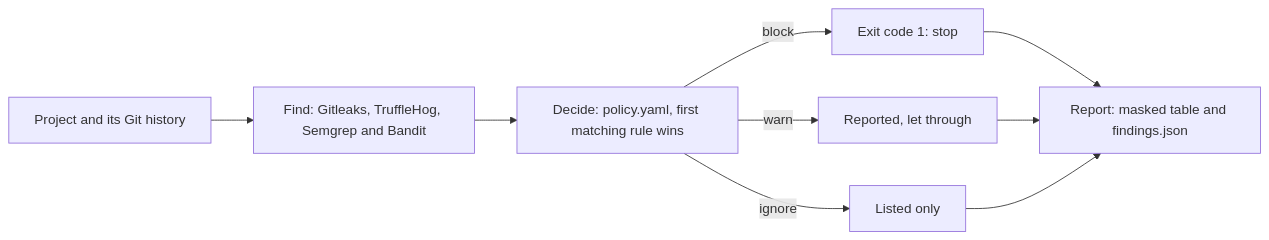
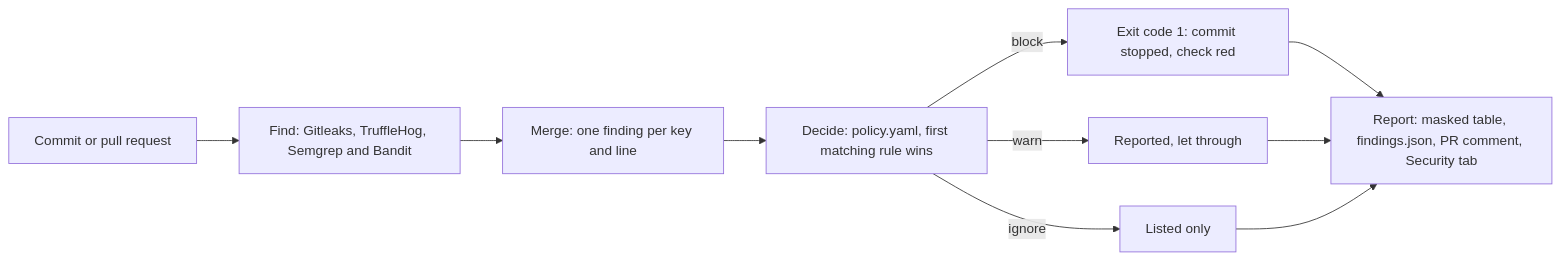
One commit to Bhavik-Kadian/Nexora changed the diagram in docs/how-it-works.md. Above: the diagram before and after it, drawn with Mermaid. The commit also changed other lines of this file and 8 other files, not shown here.

````diff
--- a/docs/how-it-works.md
+++ b/docs/how-it-works.md
@@ -68,11 +101,12 @@
 ```mermaid
 flowchart LR
-    A["Project and its Git history"] --> B["Find: Gitleaks, TruffleHog, Semgrep and Bandit"]
-    B --> C["Decide: policy.yaml, first matching rule wins"]
-    C -->|block| D["Exit code 1: stop"]
+    A["Commit or pull request"] --> B["Find: Gitleaks, TruffleHog, Semgrep and Bandit"]
+    B --> M["Merge: one finding per key and line"]
+    M --> C["Decide: policy.yaml, first matching rule wins"]
+    C -->|block| D["Exit code 1: commit stopped, check red"]
     C -->|warn| E["Reported, let through"]
     C -->|ignore| F["Listed only"]
-    D --> G["Report: masked table and findings.json"]
+    D --> G["Report: masked table, findings.json, PR comment, Security tab"]
     E --> G
     F --> G
 ```
````
